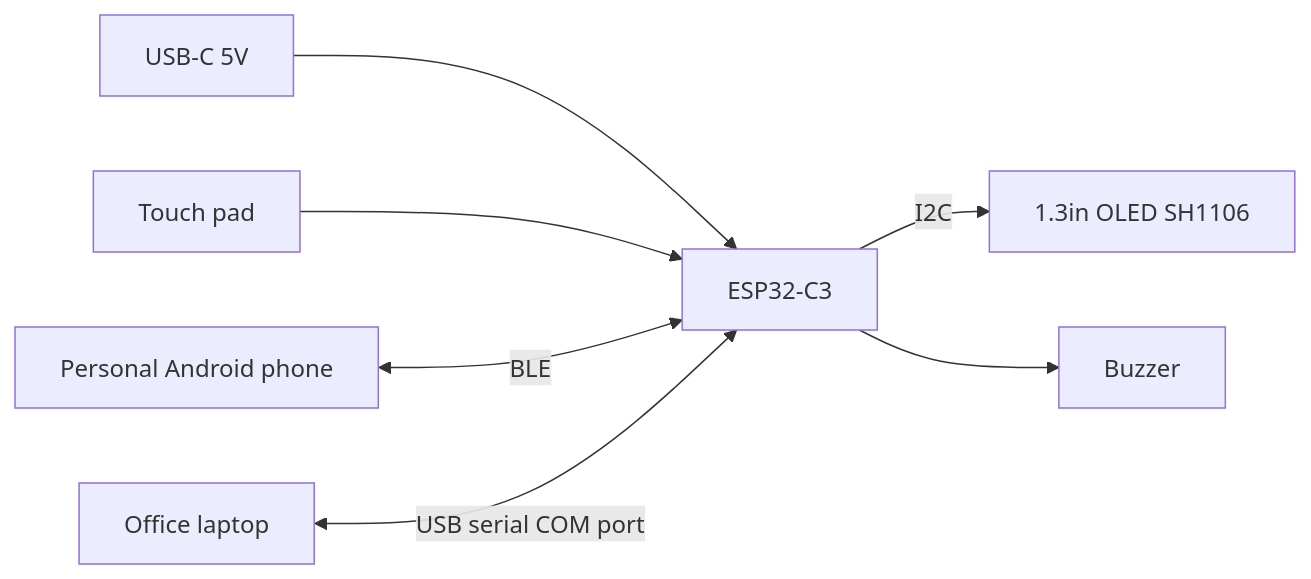
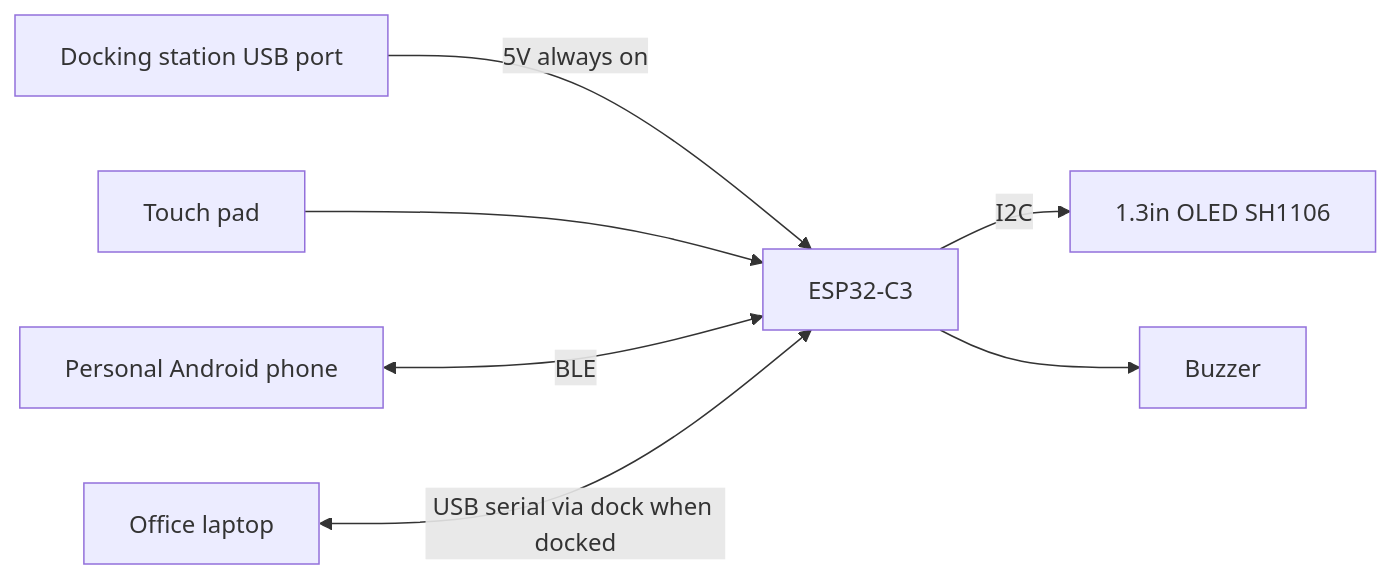
One commit to binarymaker/smart_desk_bot changed the first of 3 diagrams in README.md. Above: the diagram before and after it, drawn with Mermaid. The commit also changed other lines of this file, not shown here.

````diff
--- a/README.md
+++ b/README.md
@@ -62,9 +62,9 @@
 ```mermaid
 flowchart LR
-    USB[USB-C 5V] --> C3[ESP32-C3]
+    DOCK[Docking station USB port] -- 5V always on --> C3[ESP32-C3]
     C3 -- I2C --> OLED[1.3in OLED SH1106]
     TOUCH[Touch pad] --> C3
     C3 --> BUZ[Buzzer]
     PHONE[Personal Android phone] <-- BLE --> C3
-    LAPTOP[Office laptop] <-- USB serial COM port --> C3
+    LAPTOP[Office laptop] <-- USB serial via dock when docked --> C3
 ```
````
